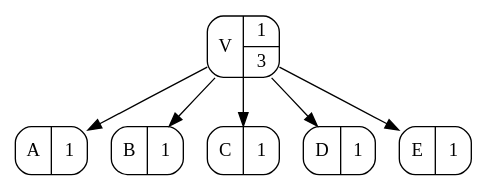
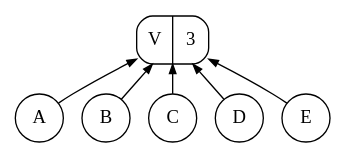
One commit to curiousleo/rafter changed the diagram in Images/Majority5.dot. Above: the diagram before and after it, drawn with Graphviz. The commit also changed 2 other files, not shown here.

Commit message:
new diagram style

```diff
--- a/Images/Majority5.dot
+++ b/Images/Majority5.dot
@@ -1,14 +1,17 @@
 digraph vstruct {
-node [shape=Mrecord];
-"[]" [label="V | { 1 | 3 }"];
-"[1]" [label="A | 1"];
+edge [dir=back, arrowsize=.7];
+node [shape=circle, fontname="Tt-Kp"];
+ranksep=0.3;
+nodesep=0.2;
+"[]" [label="V | 3", shape=Mrecord, fontname="Kp"];
+"[1]" [label="A"];
 "[]" -> "[1]";
-"[2]" [label="B | 1"];
+"[2]" [label="B"];
 "[]" -> "[2]";
-"[3]" [label="C | 1"];
+"[3]" [label="C"];
 "[]" -> "[3]";
-"[4]" [label="D | 1"];
+"[4]" [label="D"];
 "[]" -> "[4]";
-"[5]" [label="E | 1"];
+"[5]" [label="E"];
 "[]" -> "[5]";
 }
```
